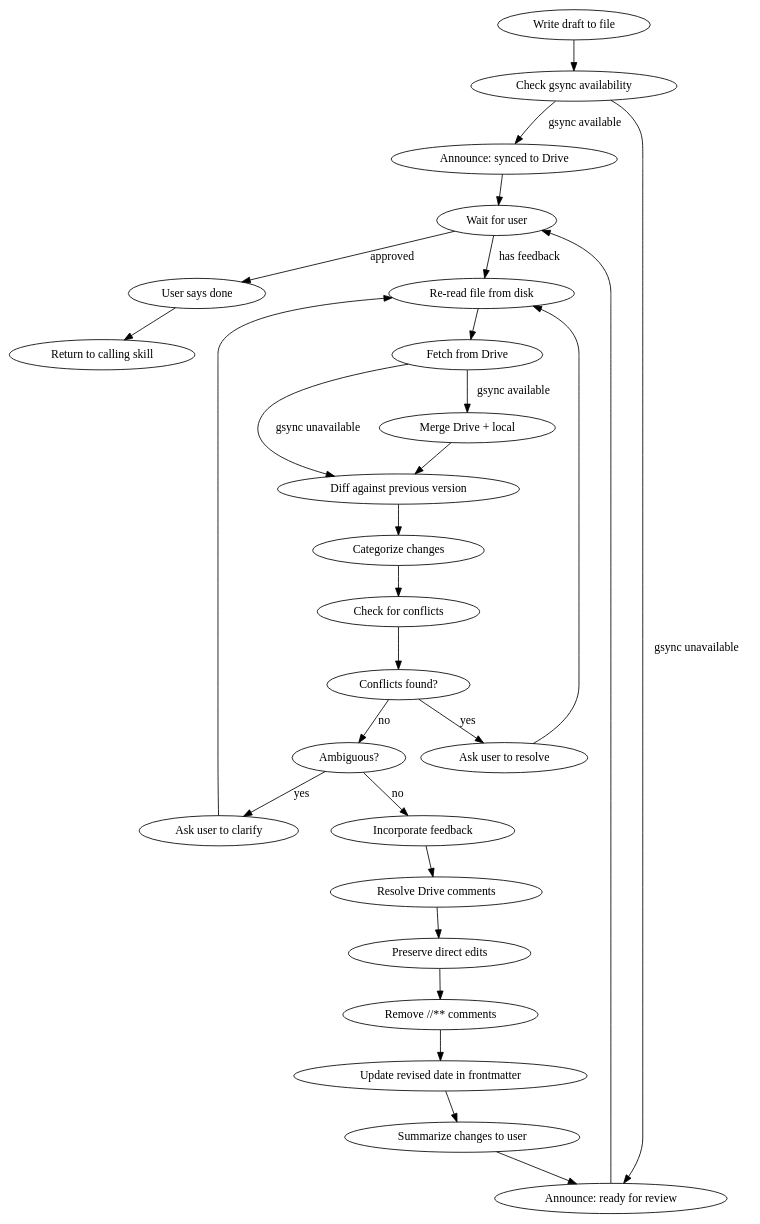
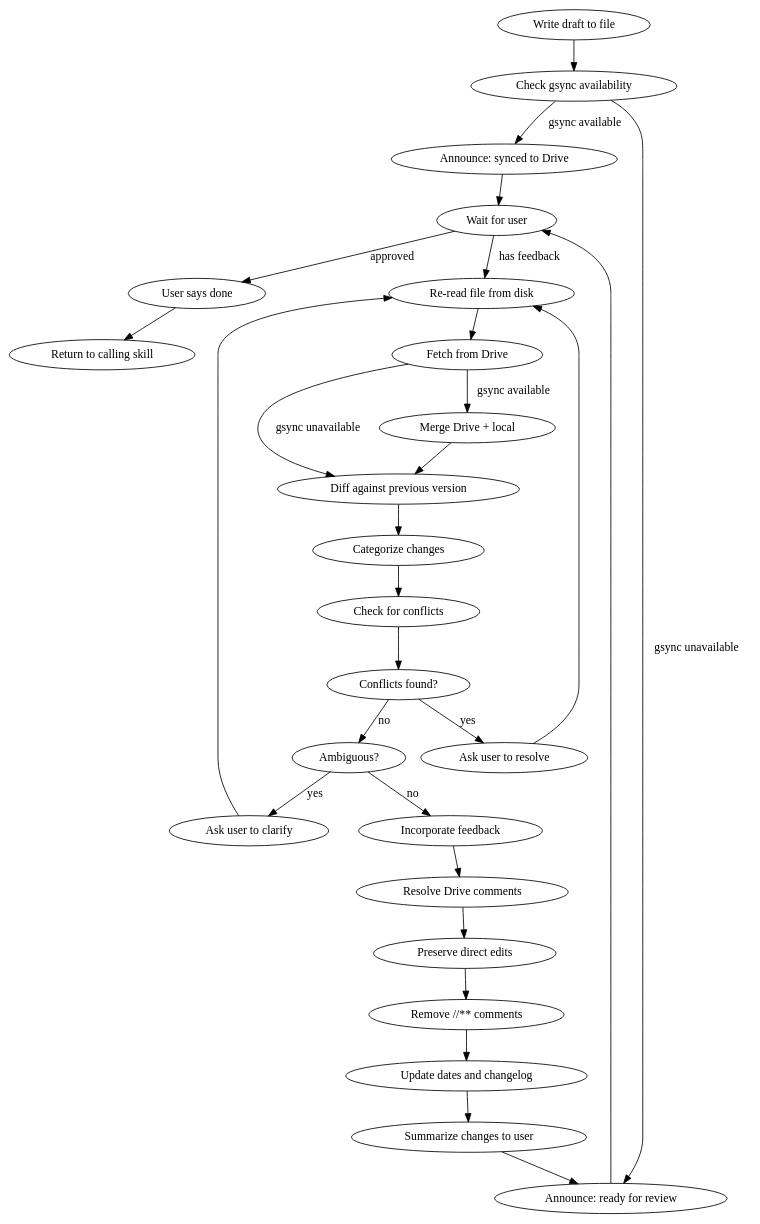
The diagram in claude/skills/writing-docs/SKILL.md (weston-vanta/dotfiles), drawn with Graphviz before and after one commit. The commit also changed other lines of this file and 3 other files, not shown here.

Commit message:
better doc titles, include dates, changelog in docs

````diff
--- a/claude/skills/writing-docs/SKILL.md
+++ b/claude/skills/writing-docs/SKILL.md
@@ -12,31 +12,31 @@
 ```dot
 digraph review_loop {
     "Write draft to file" -> "Check gsync availability";
     "Check gsync availability" -> "Announce: synced to Drive" [label="gsync available"];
     "Check gsync availability" -> "Announce: ready for review" [label="gsync unavailable"];
     "Announce: synced to Drive" -> "Wait for user";
     "Announce: ready for review" -> "Wait for user";
     "Wait for user" -> "User says done" [label="approved"];
     "Wait for user" -> "Re-read file from disk" [label="has feedback"];
     "Re-read file from disk" -> "Fetch from Drive";
     "Fetch from Drive" -> "Merge Drive + local" [label="gsync available"];
     "Fetch from Drive" -> "Diff against previous version" [label="gsync unavailable"];
     "Merge Drive + local" -> "Diff against previous version";
     "Diff against previous version" -> "Categorize changes";
     "Categorize changes" -> "Check for conflicts";
     "Check for conflicts" -> "Conflicts found?" [shape=diamond];
     "Conflicts found?" -> "Ask user to resolve" [label="yes"];
     "Ask user to resolve" -> "Re-read file from disk";
     "Conflicts found?" -> "Ambiguous?" [label="no", shape=diamond];
     "Ambiguous?" -> "Ask user to clarify" [label="yes"];
     "Ask user to clarify" -> "Re-read file from disk";
     "Ambiguous?" -> "Incorporate feedback" [label="no"];
     "Incorporate feedback" -> "Resolve Drive comments";
     "Resolve Drive comments" -> "Preserve direct edits";
     "Preserve direct edits" -> "Remove //** comments";
-    "Remove //** comments" -> "Update revised date in frontmatter";
-    "Update revised date in frontmatter" -> "Summarize changes to user";
+    "Remove //** comments" -> "Update dates and changelog";
+    "Update dates and changelog" -> "Summarize changes to user";
     "Summarize changes to user" -> "Announce: ready for review";
     "User says done" -> "Return to calling skill";
 }
 ```
````
